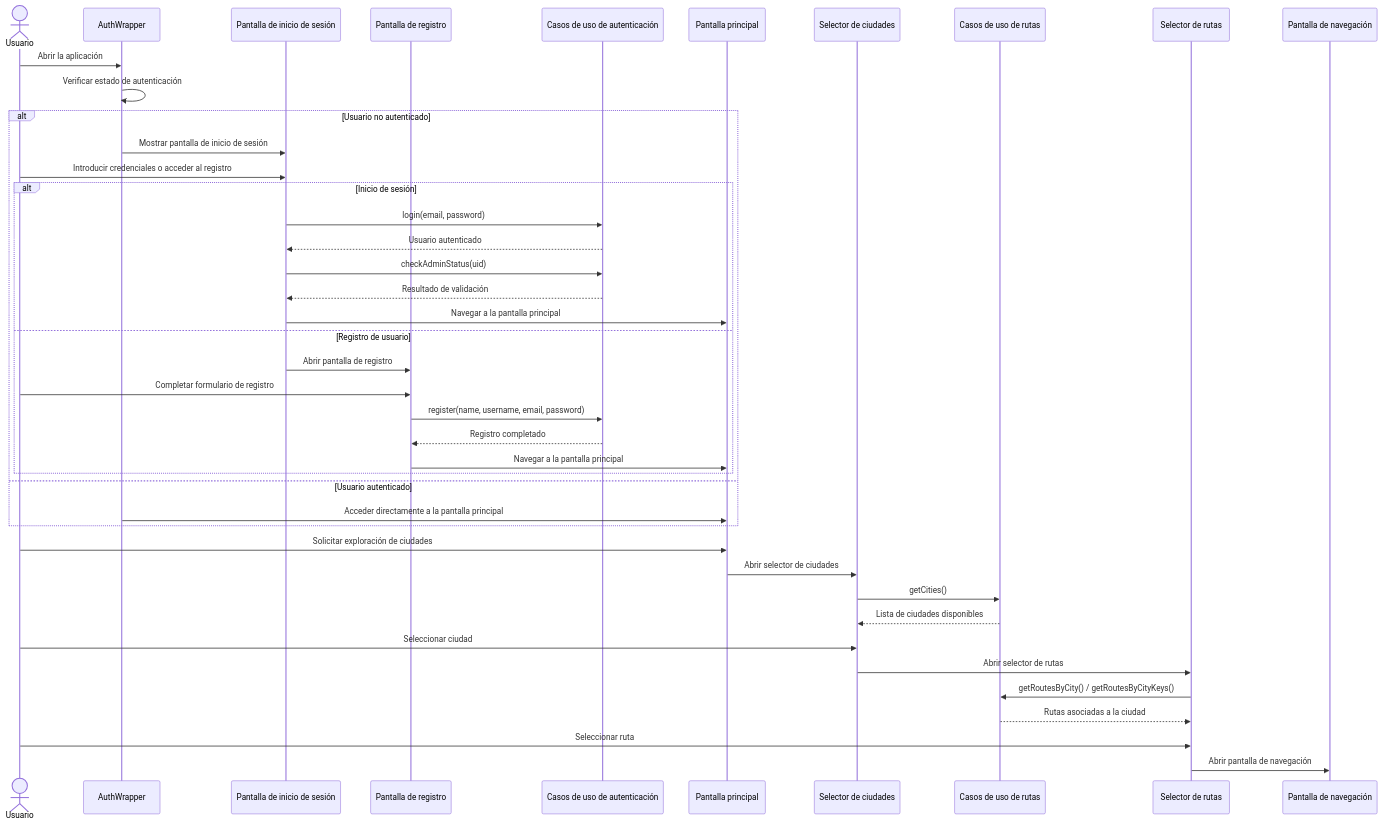
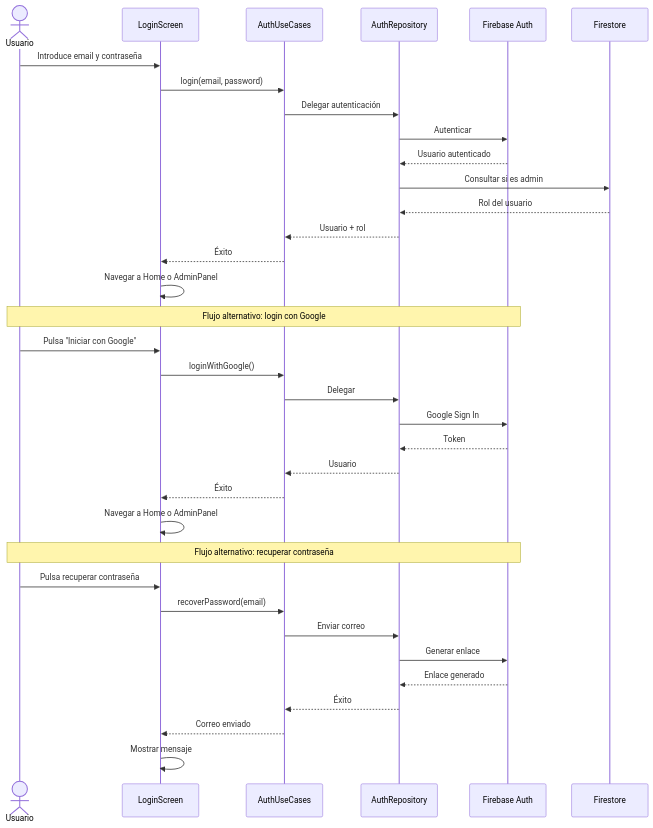
Before and after one commit to TurisTechTeam-Dev/rutexgo-assets: the first of 7 diagrams in diagrama.md, drawn with Mermaid.

````diff
--- a/diagrama.md
+++ b/diagrama.md
@@ -1,50 +1,40 @@
 ```mermaid
 sequenceDiagram
     actor Usuario
-    participant AuthWrapper
-    participant LoginScreen as Pantalla de inicio de sesión
-    participant RegisterScreen as Pantalla de registro
-    participant AuthUseCases as Casos de uso de autenticación
-    participant HomeScreen as Pantalla principal
-    participant CitySelectionScreen as Selector de ciudades
-    participant RoutesUseCases as Casos de uso de rutas
-    participant RouteSelectionScreen as Selector de rutas
-    participant MapNavigationScreen as Pantalla de navegación
+    participant LoginScreen
+    participant AuthUseCases
+    participant AuthRepository
+    participant Firebase Auth
+    participant Firestore
 
-    Usuario->>AuthWrapper: Abrir la aplicación
-    AuthWrapper->>AuthWrapper: Verificar estado de autenticación
+    Usuario->>LoginScreen: Introduce email y contraseña
+    LoginScreen->>AuthUseCases: login(email, password)
+    AuthUseCases->>AuthRepository: Delegar autenticación
+    AuthRepository->>Firebase Auth: Autenticar
+    Firebase Auth-->>AuthRepository: Usuario autenticado
+    AuthRepository->>Firestore: Consultar si es admin
+    Firestore-->>AuthRepository: Rol del usuario
+    AuthRepository-->>AuthUseCases: Usuario + rol
+    AuthUseCases-->>LoginScreen: Éxito
+    LoginScreen->>LoginScreen: Navegar a Home o AdminPanel
 
-    alt Usuario no autenticado
-        AuthWrapper->>LoginScreen: Mostrar pantalla de inicio de sesión
-        Usuario->>LoginScreen: Introducir credenciales o acceder al registro
+    Note over Usuario,Firebase Auth: Flujo alternativo: login con Google
+    Usuario->>LoginScreen: Pulsa "Iniciar con Google"
+    LoginScreen->>AuthUseCases: loginWithGoogle()
+    AuthUseCases->>AuthRepository: Delegar
+    AuthRepository->>Firebase Auth: Google Sign In
+    Firebase Auth-->>AuthRepository: Token
+    AuthRepository-->>AuthUseCases: Usuario
+    AuthUseCases-->>LoginScreen: Éxito
+    LoginScreen->>LoginScreen: Navegar a Home o AdminPanel
 
-        alt Inicio de sesión
-            LoginScreen->>AuthUseCases: login(email, password)
-            AuthUseCases-->>LoginScreen: Usuario autenticado
-            LoginScreen->>AuthUseCases: checkAdminStatus(uid)
-            AuthUseCases-->>LoginScreen: Resultado de validación
-            LoginScreen->>HomeScreen: Navegar a la pantalla principal
-        else Registro de usuario
-            LoginScreen->>RegisterScreen: Abrir pantalla de registro
-            Usuario->>RegisterScreen: Completar formulario de registro
-            RegisterScreen->>AuthUseCases: register(name, username, email, password)
-            AuthUseCases-->>RegisterScreen: Registro completado
-            RegisterScreen->>HomeScreen: Navegar a la pantalla principal
-        end
-    else Usuario autenticado
-        AuthWrapper->>HomeScreen: Acceder directamente a la pantalla principal
-    end
-
-    Usuario->>HomeScreen: Solicitar exploración de ciudades
-    HomeScreen->>CitySelectionScreen: Abrir selector de ciudades
-    CitySelectionScreen->>RoutesUseCases: getCities()
-    RoutesUseCases-->>CitySelectionScreen: Lista de ciudades disponibles
-
-    Usuario->>CitySelectionScreen: Seleccionar ciudad
-    CitySelectionScreen->>RouteSelectionScreen: Abrir selector de rutas
-    RouteSelectionScreen->>RoutesUseCases: getRoutesByCity() / getRoutesByCityKeys()
-    RoutesUseCases-->>RouteSelectionScreen: Rutas asociadas a la ciudad
-
-    Usuario->>RouteSelectionScreen: Seleccionar ruta
-    RouteSelectionScreen->>MapNavigationScreen: Abrir pantalla de navegación
+    Note over Usuario,Firebase Auth: Flujo alternativo: recuperar contraseña
+    Usuario->>LoginScreen: Pulsa recuperar contraseña
+    LoginScreen->>AuthUseCases: recoverPassword(email)
+    AuthUseCases->>AuthRepository: Enviar correo
+    AuthRepository->>Firebase Auth: Generar enlace
+    Firebase Auth-->>AuthRepository: Enlace generado
+    AuthRepository-->>AuthUseCases: Éxito
+    AuthUseCases-->>LoginScreen: Correo enviado
+    LoginScreen->>LoginScreen: Mostrar mensaje
 ```
````
